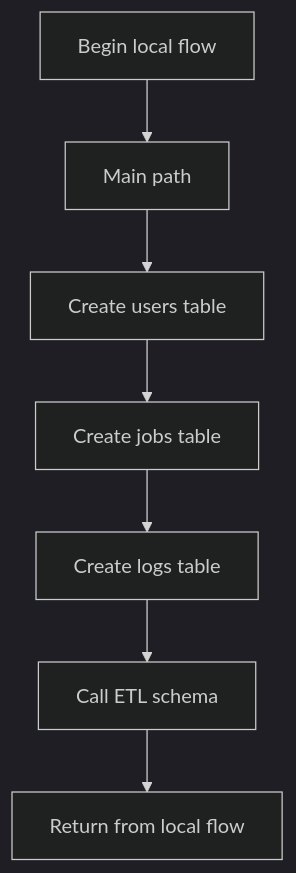
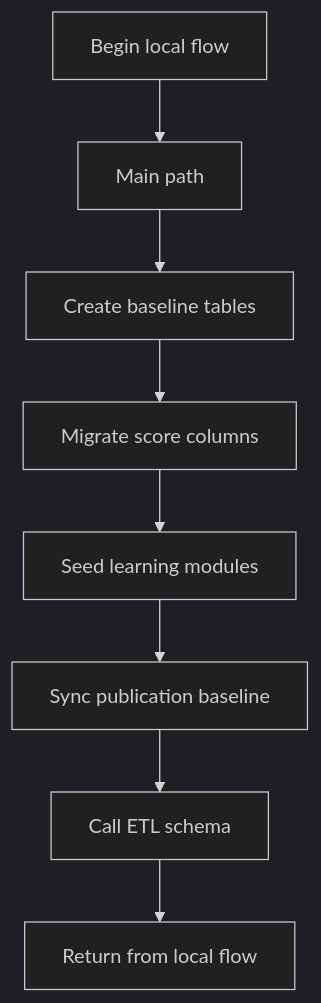
The first of 2 diagrams in docs/Codebase/Backend/src/db/initDb.js.md (JohnAndrewBalbarosa/NeoTerritory), drawn with Mermaid (dark theme) before and after one commit. The commit also changed other lines of this file and 30 other files, not shown here.

````diff
--- a/docs/Codebase/Backend/src/db/initDb.js.md
+++ b/docs/Codebase/Backend/src/db/initDb.js.md
@@ -21,16 +21,12 @@
 ```mermaid
 flowchart TD
     Start["Begin local flow"]
     N0["Main path"]
-    N1["Create users table"]
-    N2["Create jobs table"]
-    N3["Create logs table"]
-    N4["Call ETL schema"]
+    N1["Create baseline tables"]
+    N2["Migrate score columns"]
+    N3["Seed learning modules"]
+    N4["Sync publication baseline"]
+    N5["Call ETL schema"]
     End["Return from local flow"]
-    Start --> N0
-    N0 --> N1
-    N1 --> N2
-    N2 --> N3
-    N3 --> N4
-    N4 --> End
+    Start --> N0 --> N1 --> N2 --> N3 --> N4 --> N5 --> End
 ```
````
